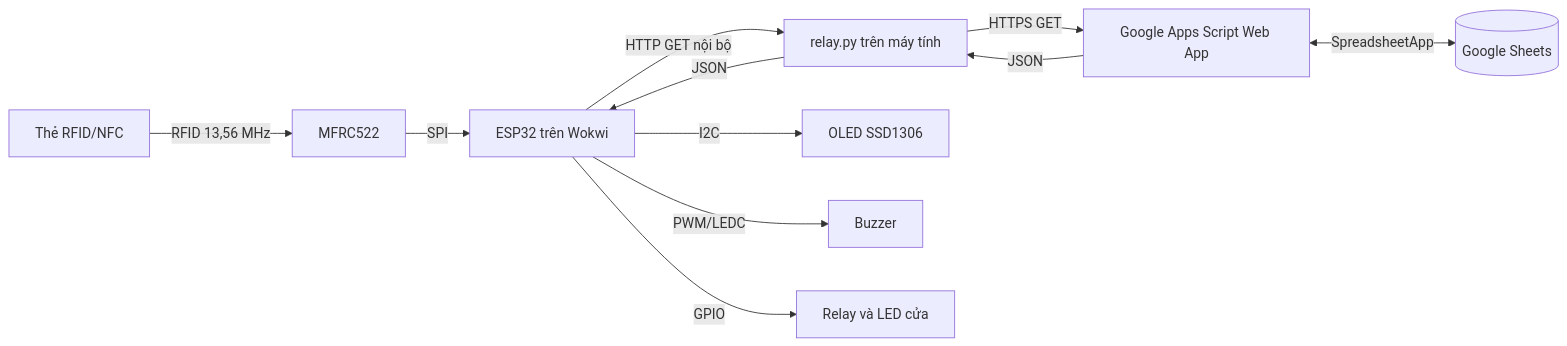
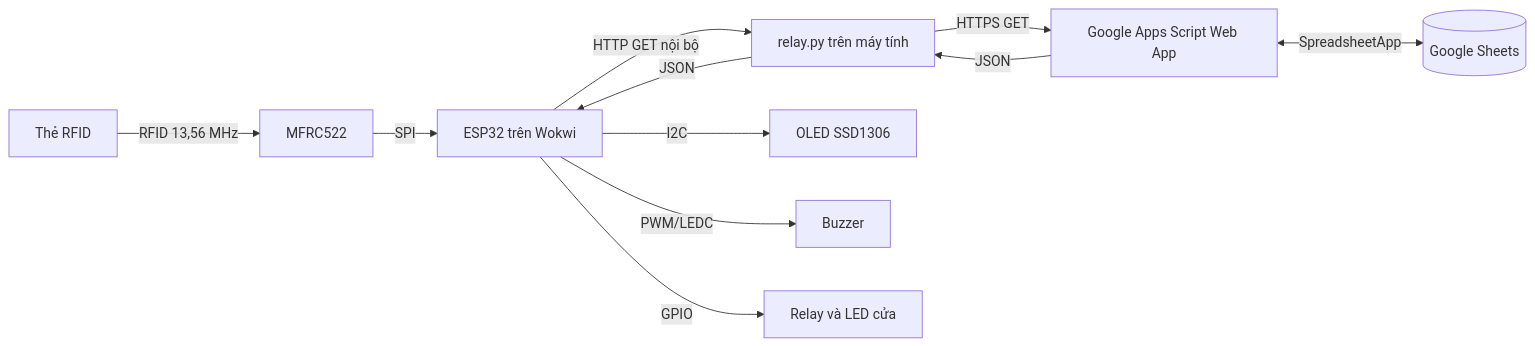
One commit to nguyen-mowftee2006/iot-tx2-project-ver1 changed the first of 15 diagrams in docs/TAI_LIEU_KY_THUAT_NEW.md. Above: the diagram before and after it, drawn with Mermaid. The commit also changed other lines of this file and 5 other files, not shown here.

Commit message:
Remove NFC terminology and rename empty card

````diff
--- a/docs/TAI_LIEU_KY_THUAT_NEW.md
+++ b/docs/TAI_LIEU_KY_THUAT_NEW.md
@@ -40,13 +40,13 @@
 ```mermaid
 flowchart LR
-    CARD[Thẻ RFID/NFC] -->|RFID 13,56 MHz| RC522[MFRC522]
+    CARD[Thẻ RFID] -->|RFID 13,56 MHz| RC522[MFRC522]
     RC522 -->|SPI| ESP[ESP32 trên Wokwi]
     ESP -->|HTTP GET nội bộ| RELAY[relay.py trên máy tính]
     RELAY -->|HTTPS GET| GAS[Google Apps Script Web App]
     GAS <-->|SpreadsheetApp| SHEETS[(Google Sheets)]
     GAS -->|JSON| RELAY
     RELAY -->|JSON| ESP
     ESP -->|I2C| OLED[OLED SSD1306]
     ESP -->|PWM/LEDC| BUZZER[Buzzer]
     ESP -->|GPIO| DOOR[Relay và LED cửa]
 ```
````
